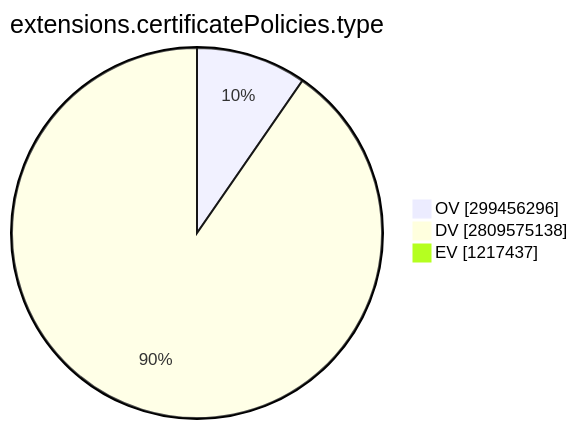
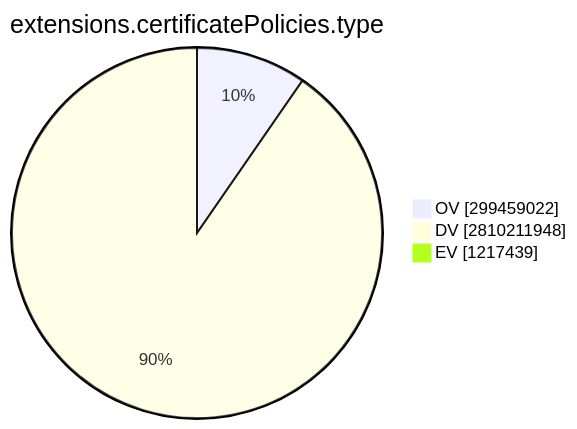
One commit to christiankrug/ctmonitor_visualization changed the ninth of 15 diagrams in TOTAL/README.md. Above: the diagram before and after it, drawn with Mermaid. The commit also changed other lines of this file, not shown here.

````diff
--- a/TOTAL/README.md
+++ b/TOTAL/README.md
@@ -3101,7 +3101,7 @@
 ```mermaid
 pie showData
 title extensions.certificatePolicies.type
-"OV" :299456296
-"DV" :2809575138
-"EV" :1217437
+"OV" :299459022
+"DV" :2810211948
+"EV" :1217439
 ```
````
